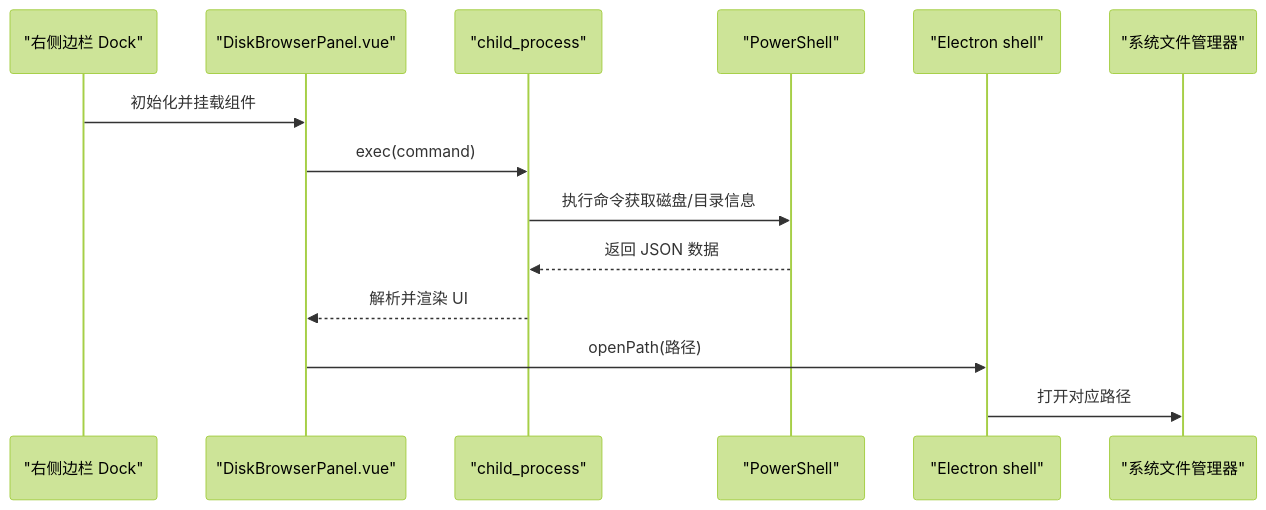
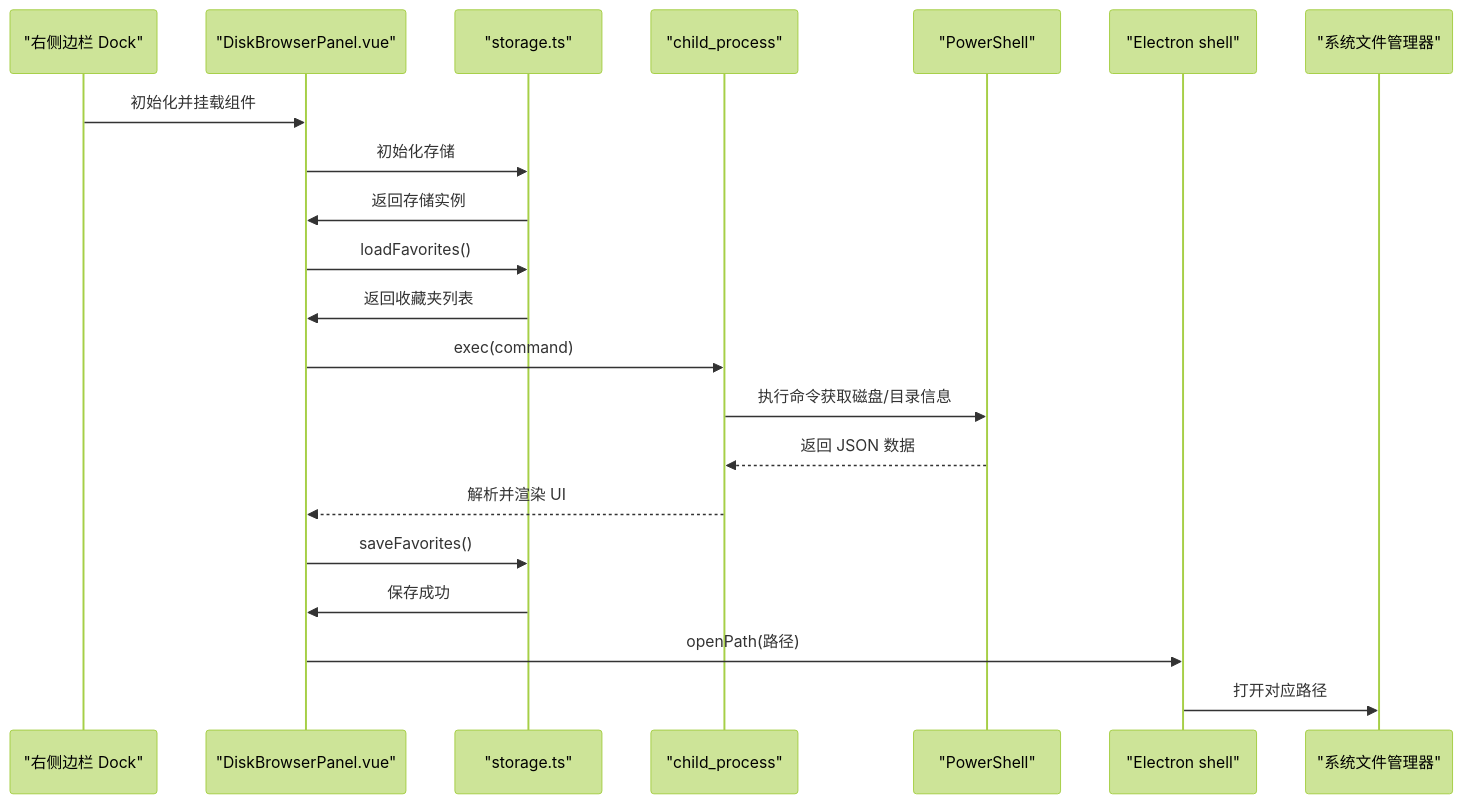
One commit to 851039536/siyuanPluginVueSN changed the second of 7 diagrams in .qoder/repowiki/zh/content/功能模块详解/磁盘浏览器.md. Above: the diagram before and after it, drawn with Mermaid (forest theme). The commit also changed other lines of this file and 9 other files, not shown here.

````diff
--- a/.qoder/repowiki/zh/content/功能模块详解/磁盘浏览器.md
+++ b/.qoder/repowiki/zh/content/功能模块详解/磁盘浏览器.md
@@ -85,16 +101,23 @@
 ```mermaid
 sequenceDiagram
 participant Dock as "右侧边栏 Dock"
 participant Vue as "DiskBrowserPanel.vue"
+participant Storage as "storage.ts"
 participant ChildProc as "child_process"
 participant PS as "PowerShell"
 participant Shell as "Electron shell"
 participant SysFM as "系统文件管理器"
 Dock->>Vue : 初始化并挂载组件
+Vue->>Storage : 初始化存储
+Storage->>Vue : 返回存储实例
+Vue->>Storage : loadFavorites()
+Storage->>Vue : 返回收藏夹列表
 Vue->>ChildProc : exec(command)
 ChildProc->>PS : 执行命令获取磁盘/目录信息
 PS-->>ChildProc : 返回 JSON 数据
 ChildProc-->>Vue : 解析并渲染 UI
+Vue->>Storage : saveFavorites()
+Storage->>Vue : 保存成功
 Vue->>Shell : openPath(路径)
 Shell->>SysFM : 打开对应路径
 ```
````
